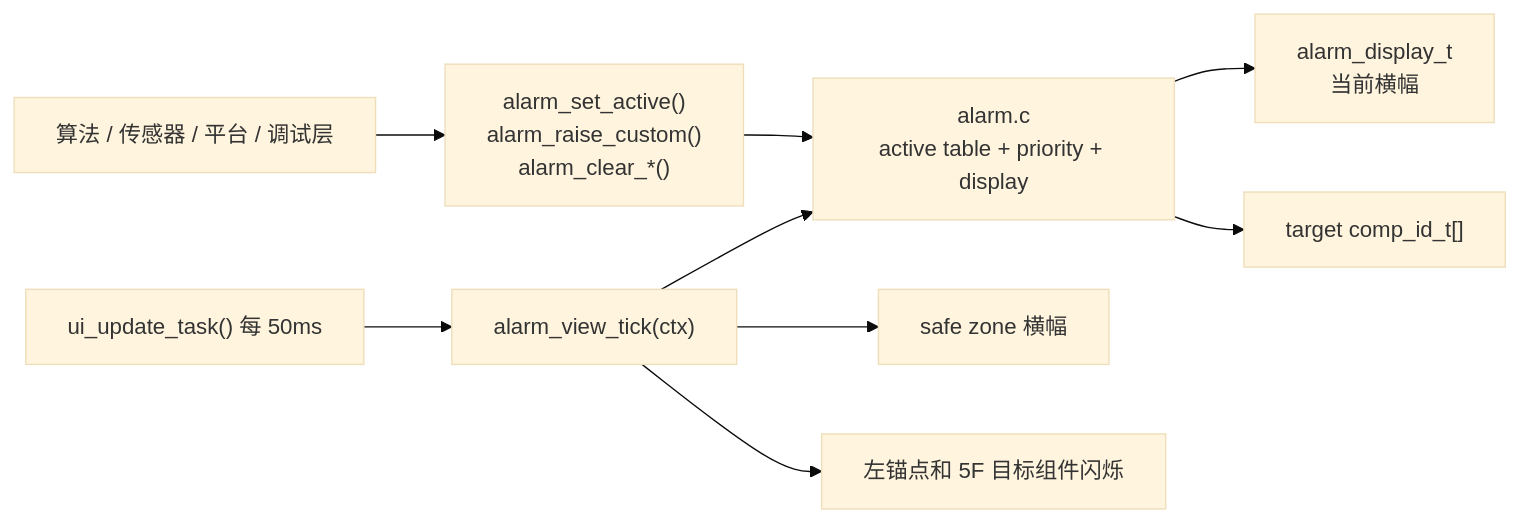
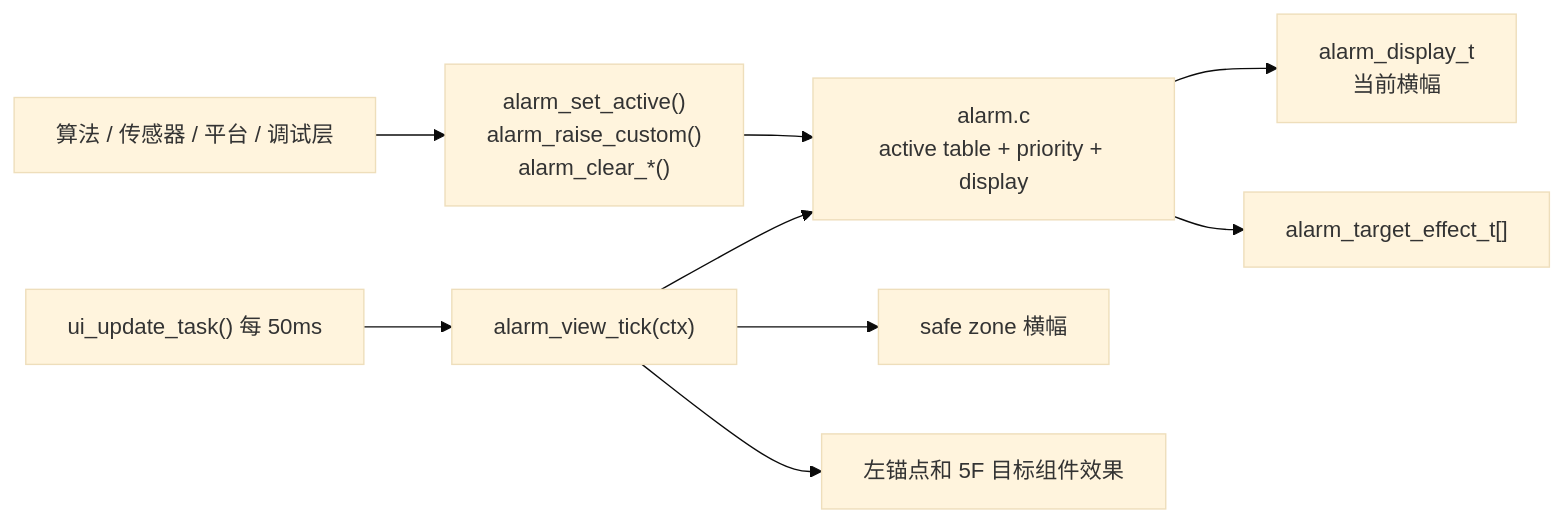
Diagram 14 of 19 in UI_html_DOC/CURRENT_ARCHITECTURE_DEEP_DIVE.md (arexvision/lv_port_win_codeblocks-release-v8.3_hasGroup), drawn with Mermaid (base theme) before and after one commit. The commit also changed other lines of this file and 11 other files, not shown here.

````diff
--- a/UI_html_DOC/CURRENT_ARCHITECTURE_DEEP_DIVE.md
+++ b/UI_html_DOC/CURRENT_ARCHITECTURE_DEEP_DIVE.md
@@ -433,11 +433,11 @@
 ```mermaid
 flowchart LR
     Owner["算法 / 传感器 / 平台 / 调试层"] --> API["alarm_set_active()<br/>alarm_raise_custom()<br/>alarm_clear_*()"]
     API --> Engine["alarm.c<br/>active table + priority + display"]
     Timer["ui_update_task() 每 50ms"] --> View["alarm_view_tick(ctx)"]
     View --> Engine
     Engine --> Display["alarm_display_t<br/>当前横幅"]
-    Engine --> Targets["target comp_id_t[]"]
+    Engine --> Targets["alarm_target_effect_t[]"]
     View --> Banner["safe zone 横幅"]
-    View --> Blink["左锚点和 5F 目标组件闪烁"]
+    View --> Blink["左锚点和 5F 目标组件效果"]
 ```
````
